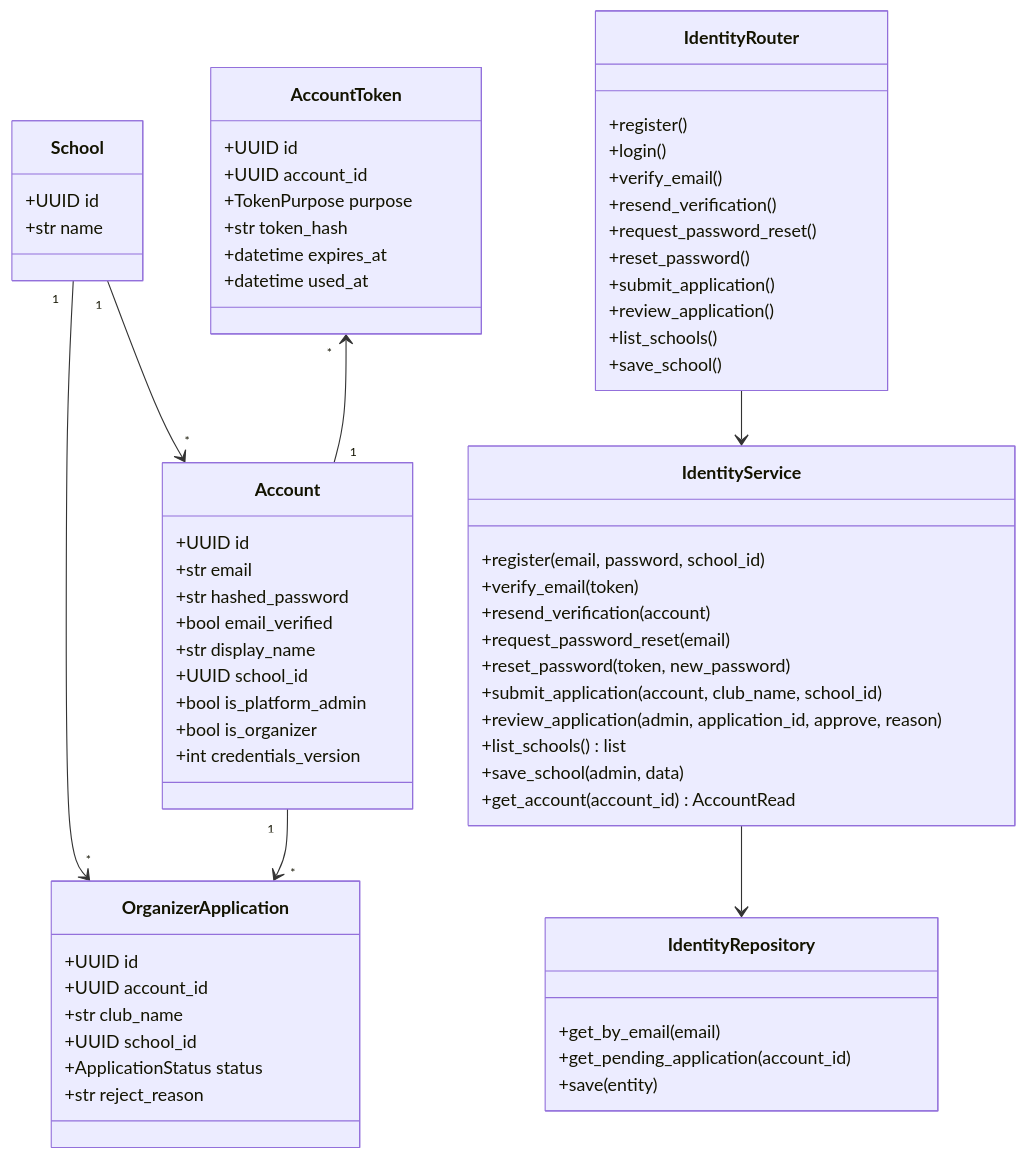
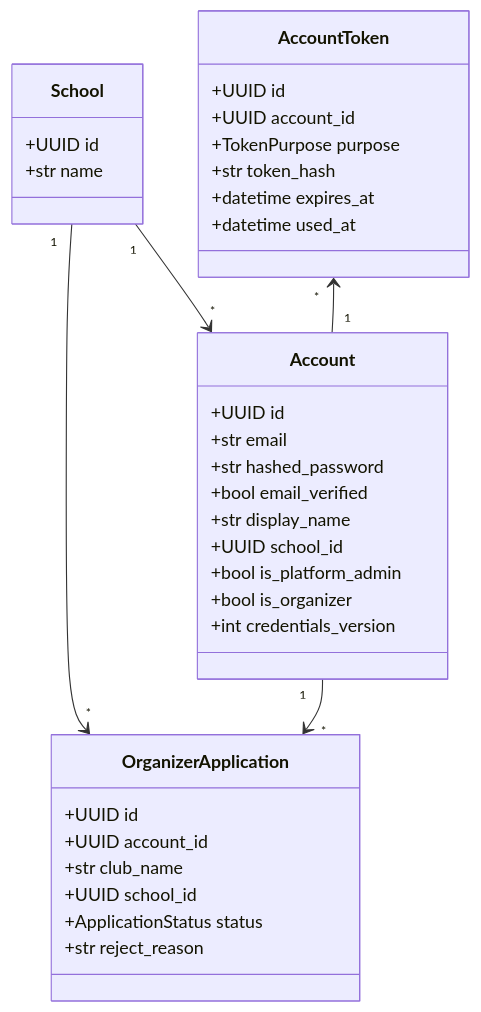
One commit to Team14good/esport-platform changed the fourth of 15 diagrams in docs/midterm/D-物件設計文件.md. Above: the diagram before and after it, drawn with Mermaid. The commit also changed other lines of this file and 14 other files, not shown here.

````diff
--- a/docs/midterm/D-物件設計文件.md
+++ b/docs/midterm/D-物件設計文件.md
@@ -146,69 +158,38 @@
 ```mermaid
 classDiagram
   class Account {
     +UUID id
     +str email
     +str hashed_password
     +bool email_verified
     +str display_name
     +UUID school_id
     +bool is_platform_admin
     +bool is_organizer
     +int credentials_version
   }
   class School {
     +UUID id
     +str name
   }
   class AccountToken {
     +UUID id
     +UUID account_id
     +TokenPurpose purpose
     +str token_hash
     +datetime expires_at
     +datetime used_at
   }
   class OrganizerApplication {
     +UUID id
     +UUID account_id
     +str club_name
     +UUID school_id
     +ApplicationStatus status
     +str reject_reason
   }
-  class IdentityRouter {
-    +register()
-    +login()
-    +verify_email()
-    +resend_verification()
-    +request_password_reset()
-    +reset_password()
-    +submit_application()
-    +review_application()
-    +list_schools()
-    +save_school()
-  }
-  class IdentityService {
-    +register(email, password, school_id)
-    +verify_email(token)
-    +resend_verification(account)
-    +request_password_reset(email)
-    +reset_password(token, new_password)
-    +submit_application(account, club_name, school_id)
-    +review_application(admin, application_id, approve, reason)
-    +list_schools() list
-    +save_school(admin, data)
-    +get_account(account_id) AccountRead
-  }
-  class IdentityRepository {
-    +get_by_email(email)
-    +get_pending_application(account_id)
-    +save(entity)
-  }
   School "1" --> "*" Account
   School "1" --> "*" OrganizerApplication
   Account "1" --> "*" OrganizerApplication
   AccountToken "*" <-- "1" Account
-  IdentityRouter --> IdentityService
-  IdentityService --> IdentityRepository
 ```
````
